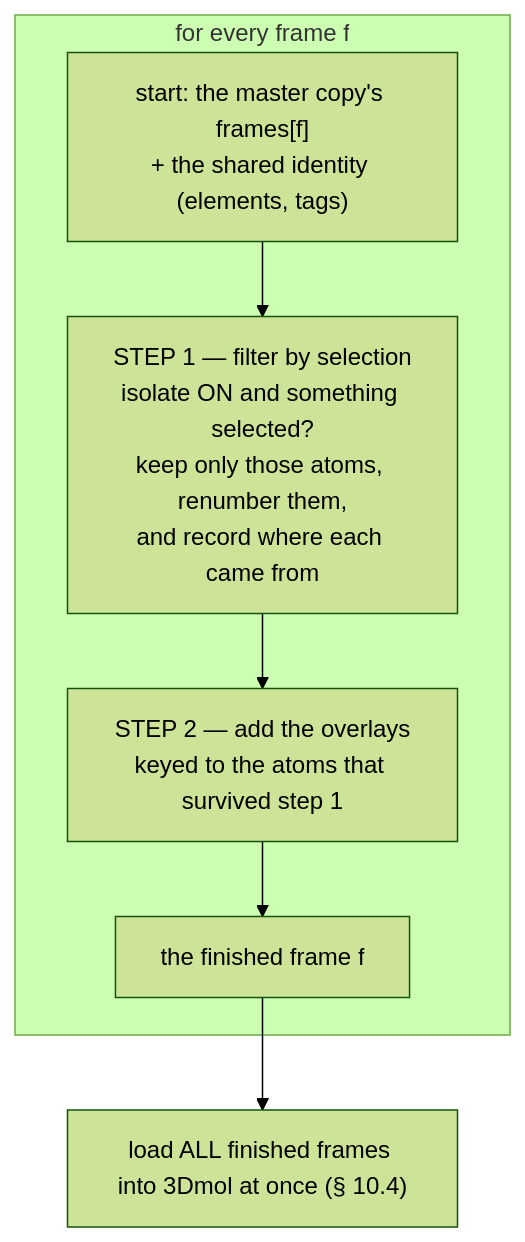
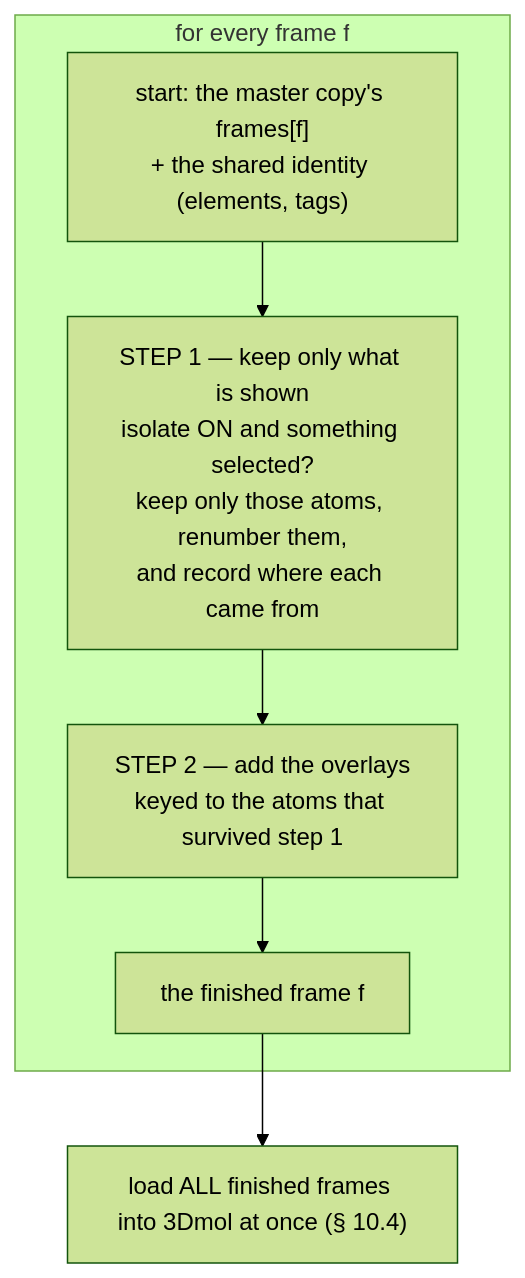
The fifth of 7 diagrams in docs/web/molview.md (Qing-LAB/molbuilder), drawn with Mermaid (forest theme) before and after one commit. The commit also changed other lines of this file, not shown here.

First line of the commit message:
docs: molview.md -- seventh design pass (read-only gate reaches labels, camera reconciled, cost diagram)

````diff
--- a/docs/web/molview.md
+++ b/docs/web/molview.md
@@ -1126,11 +1213,11 @@
 ```mermaid
 flowchart TD
     subgraph PF["for every frame f"]
       C0["start: the master copy's frames[f]<br/>+ the shared identity (elements, tags)"]
-      SEL["STEP 1 — filter by selection<br/>isolate ON and something selected?<br/>keep only those atoms, renumber them,<br/>and record where each came from"]
+      SEL["STEP 1 — keep only what is shown<br/>isolate ON and something selected?<br/>keep only those atoms, renumber them,<br/>and record where each came from"]
       OV["STEP 2 — add the overlays<br/>keyed to the atoms that survived step 1"]
       OUT["the finished frame f"]
       C0 --> SEL --> OV --> OUT
     end
     OUT --> LOAD["load ALL finished frames into 3Dmol at once (§ 10.4)"]
 ```
````
